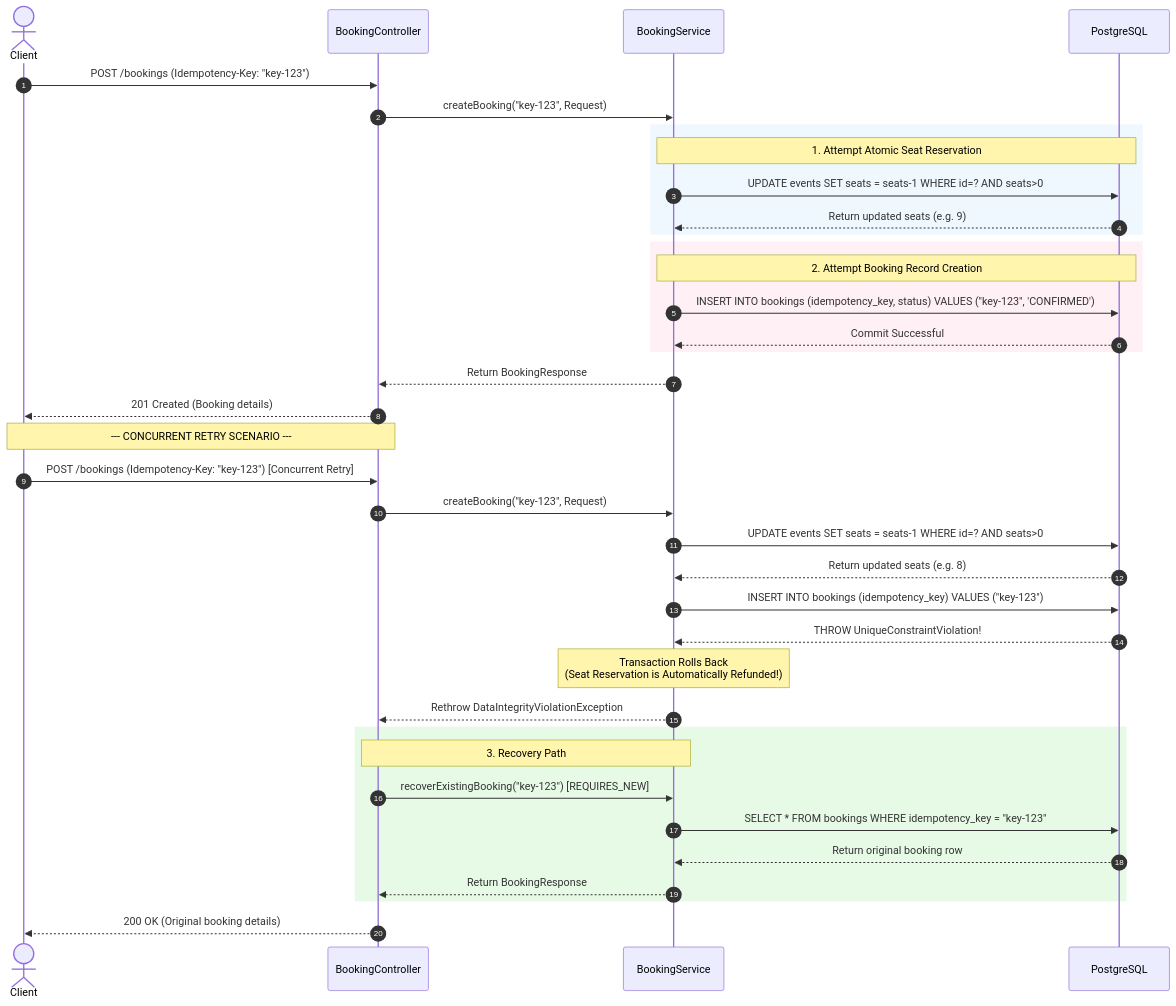
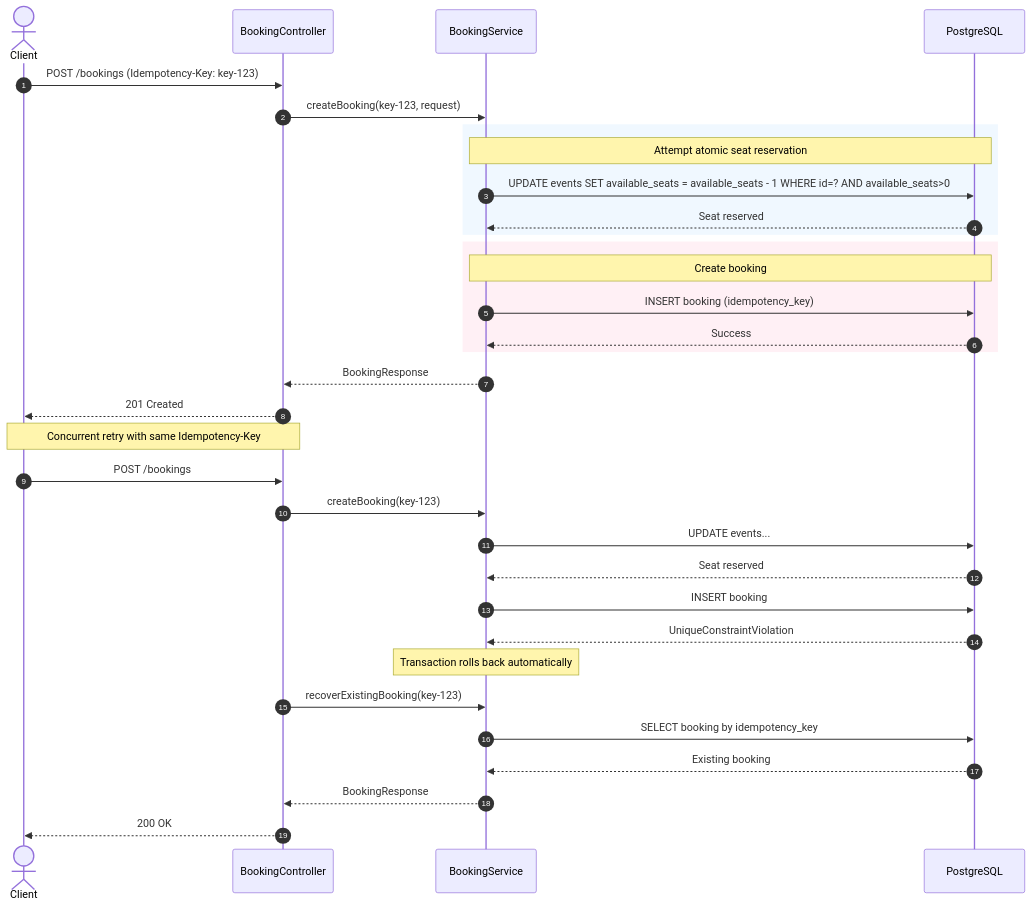
One commit to havinash-24/Events_Booking_concurrency_logs changed the second of 3 diagrams in Events_Booking_concurrency_logs/README.md. Above: the diagram before and after it, drawn with Mermaid. The commit also changed other lines of this file, not shown here.

Commit message:
Update README.md
Updated README to clarify system architecture and booking flow. Improved formatting and added database schema constraints.

````diff
--- a/Events_Booking_concurrency_logs/README.md
+++ b/Events_Booking_concurrency_logs/README.md
@@ -76,46 +71,45 @@
 ```mermaid
 sequenceDiagram
     autonumber
     actor Client
     participant Controller as BookingController
     participant Service as BookingService
     participant DB as PostgreSQL
 
-    Client->>Controller: POST /bookings (Idempotency-Key: "key-123")
-    Controller->>Service: createBooking("key-123", Request)
-    
-    rect rgb(240, 248, 255)
-        Note over Service, DB: 1. Attempt Atomic Seat Reservation
-        Service->>DB: UPDATE events SET seats = seats-1 WHERE id=? AND seats>0
-        DB-->>Service: Return updated seats (e.g. 9)
+    Client->>Controller: POST /bookings (Idempotency-Key: key-123)
+    Controller->>Service: createBooking(key-123, request)
+
+    rect rgb(240,248,255)
+        Note over Service,DB: Attempt atomic seat reservation
+        Service->>DB: UPDATE events SET available_seats = available_seats - 1 WHERE id=? AND available_seats>0
+        DB-->>Service: Seat reserved
     end
 
-    rect rgb(255, 240, 245)
-        Note over Service, DB: 2. Attempt Booking Record Creation
-        Service->>DB: INSERT INTO bookings (idempotency_key, status) VALUES ("key-123", 'CONFIRMED')
-        DB-->>Service: Commit Successful
+    rect rgb(255,240,245)
+        Note over Service,DB: Create booking
+        Service->>DB: INSERT booking (idempotency_key)
+        DB-->>Service: Success
     end
-    
-    Service-->>Controller: Return BookingResponse
-    Controller-->>Client: 201 Created (Booking details)
 
-    Note over Client, Controller: --- CONCURRENT RETRY SCENARIO ---
-    
-    Client->>Controller: POST /bookings (Idempotency-Key: "key-123") [Concurrent Retry]
-    Controller->>Service: createBooking("key-123", Request)
-    Service->>DB: UPDATE events SET seats = seats-1 WHERE id=? AND seats>0
-    DB-->>Service: Return updated seats (e.g. 8)
-    Service->>DB: INSERT INTO bookings (idempotency_key) VALUES ("key-123")
-    DB-->>Service: THROW UniqueConstraintViolation!
-    Note over Service: Transaction Rolls Back<br/>(Seat Reservation is Automatically Refunded!)
-    Service-->>Controller: Rethrow DataIntegrityViolationException
-    
-    rect rgb(230, 250, 230)
-        Note over Controller, Service: 3. Recovery Path
-        Controller->>Service: recoverExistingBooking("key-123") [REQUIRES_NEW]
-        Service->>DB: SELECT * FROM bookings WHERE idempotency_key = "key-123"
-        DB-->>Service: Return original booking row
-        Service-->>Controller: Return BookingResponse
-    end
-    Controller-->>Client: 200 OK (Original booking details)
+    Service-->>Controller: BookingResponse
+    Controller-->>Client: 201 Created
+
+    Note over Client,Controller: Concurrent retry with same Idempotency-Key
+
+    Client->>Controller: POST /bookings
+    Controller->>Service: createBooking(key-123)
+
+    Service->>DB: UPDATE events...
+    DB-->>Service: Seat reserved
+
+    Service->>DB: INSERT booking
+    DB-->>Service: UniqueConstraintViolation
+
+    Note over Service: Transaction rolls back automatically
+
+    Controller->>Service: recoverExistingBooking(key-123)
+    Service->>DB: SELECT booking by idempotency_key
+    DB-->>Service: Existing booking
+    Service-->>Controller: BookingResponse
+    Controller-->>Client: 200 OK
 ```
````
